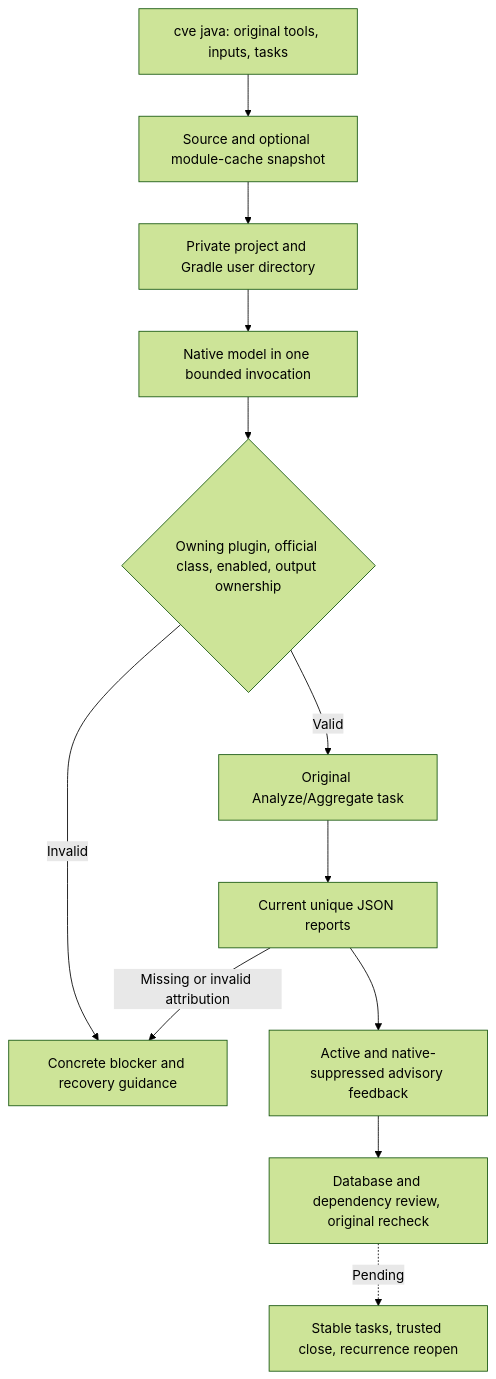
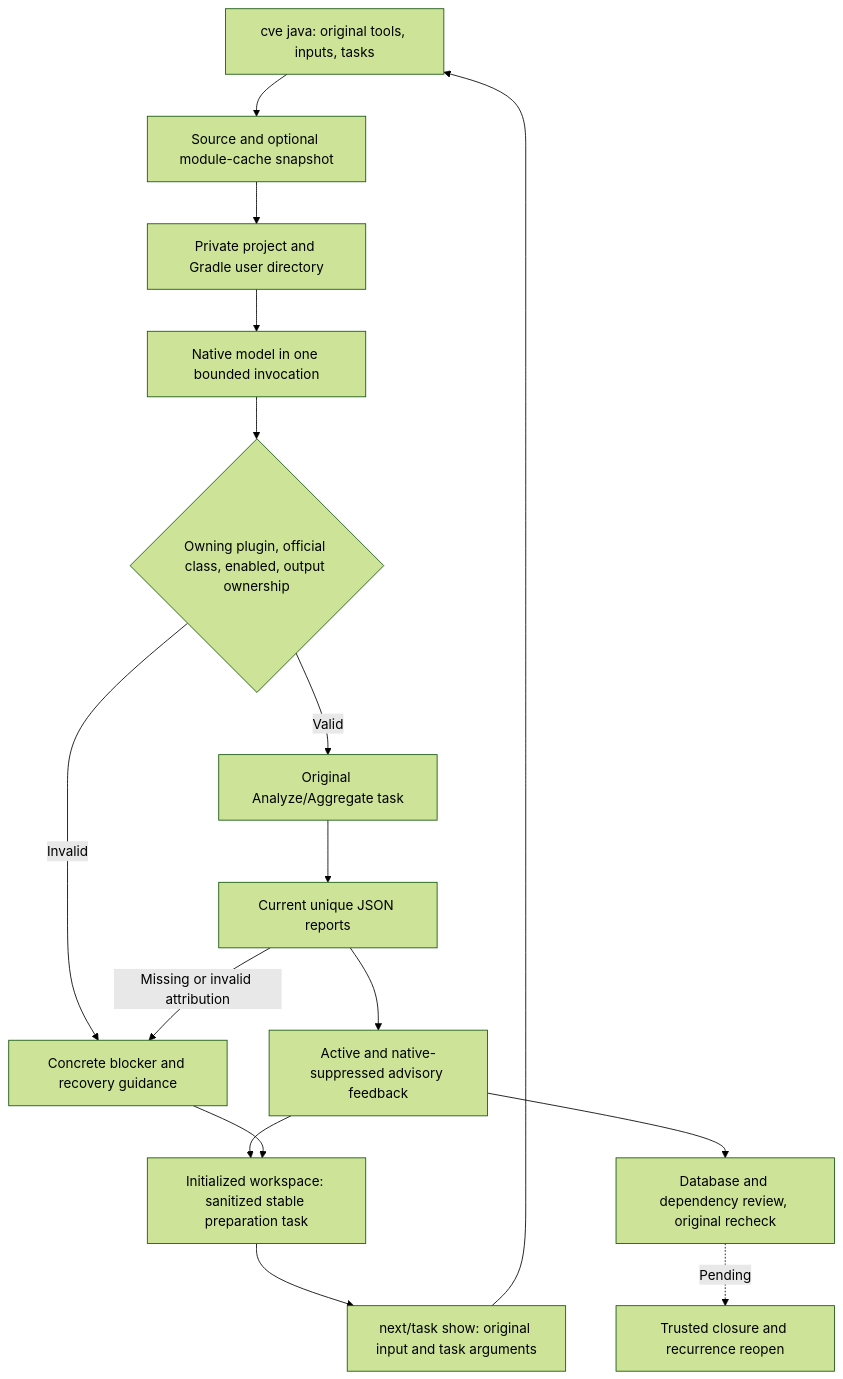
One commit to full-stack-plugins/codeguard changed the diagram in docs/Codeguard-Gradle-Vulnerability-Checks.md. Above: the diagram before and after it, drawn with Mermaid (forest theme). The commit also changed other lines of this file and 27 other files, not shown here.

````diff
--- a/docs/Codeguard-Gradle-Vulnerability-Checks.md
+++ b/docs/Codeguard-Gradle-Vulnerability-Checks.md
@@ -18,14 +18,18 @@
 ```mermaid
 flowchart TD
     A[cve java: original tools, inputs, tasks] --> B[Source and optional module-cache snapshot]
     B --> C[Private project and Gradle user directory]
     C --> D[Native model in one bounded invocation]
     D --> E{Owning plugin, official class, enabled, output ownership}
     E -->|Invalid| F[Concrete blocker and recovery guidance]
     E -->|Valid| G[Original Analyze/Aggregate task]
     G --> H[Current unique JSON reports]
     H --> I[Active and native-suppressed advisory feedback]
     H -->|Missing or invalid attribution| F
     I --> J[Database and dependency review, original recheck]
-    J -. Pending .-> K[Stable tasks, trusted close, recurrence reopen]
+    I --> K[Initialized workspace: sanitized stable preparation task]
+    F --> K
+    K --> L[next/task show: original input and task arguments]
+    L --> A
+    J -. Pending .-> M[Trusted closure and recurrence reopen]
 ```
````
